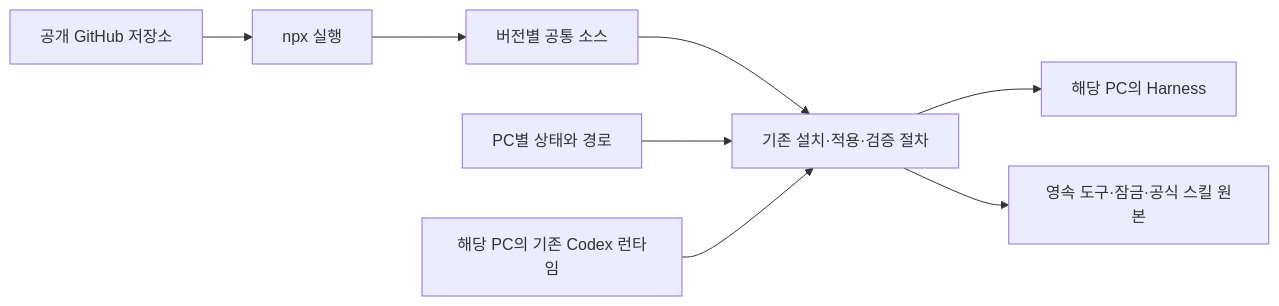
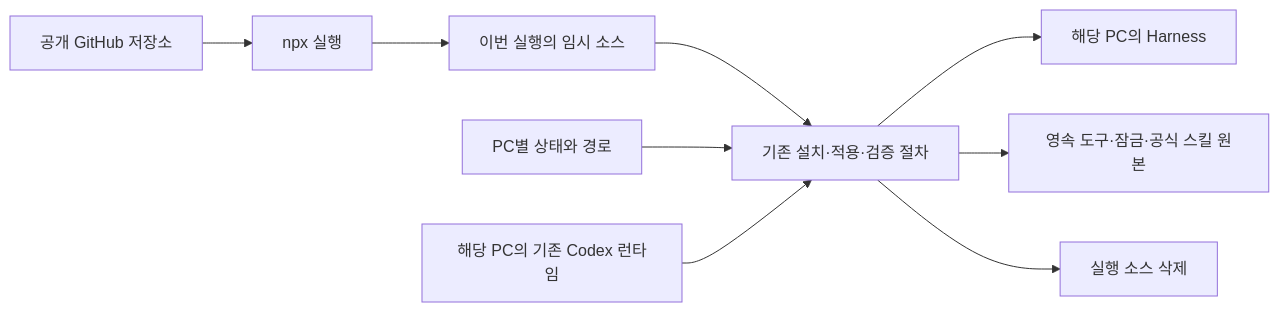
The diagram in docs/remote-install.md (tttaliesin/personal-harness), drawn with Mermaid before and after one commit. The commit also changed other lines of this file and 1 other file, not shown here.

````diff
--- a/docs/remote-install.md
+++ b/docs/remote-install.md
@@ -86,10 +89,11 @@
 ```mermaid
 flowchart LR
     G[공개 GitHub 저장소] --> N[npx 실행]
-    N --> S[버전별 공통 소스]
+    N --> S[이번 실행의 임시 소스]
     S --> I[기존 설치·적용·검증 절차]
     L[PC별 상태와 경로] --> I
     R[해당 PC의 기존 Codex 런타임] --> I
     I --> C[해당 PC의 Harness]
     I --> P[영속 도구·잠금·공식 스킬 원본]
+    I --> D[실행 소스 삭제]
 ```
````
